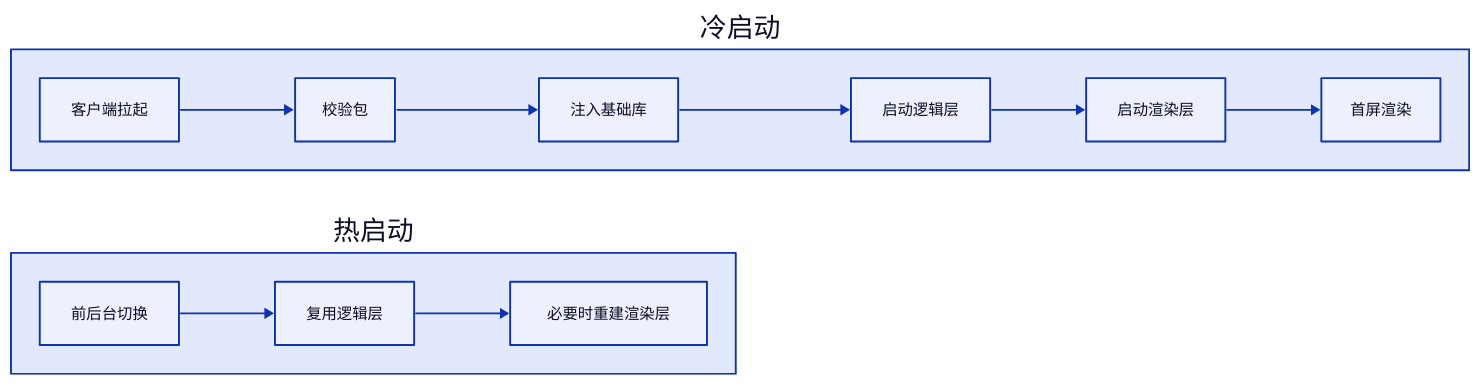
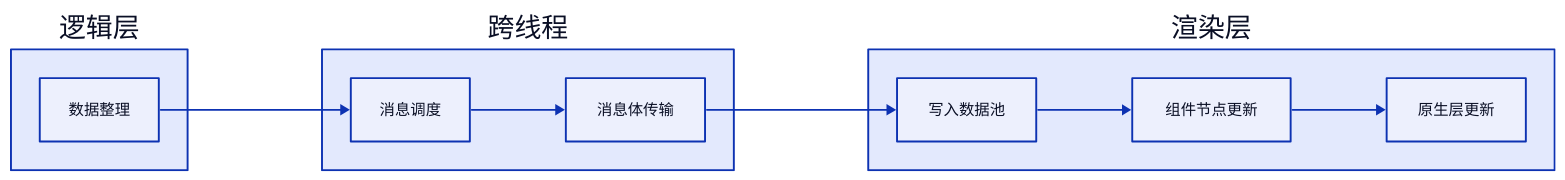
One commit to youngluo/thinking changed the fourth of 8 diagrams in apps/docs/experiences/微信小程序/原理与实践.md. Above: the diagram before and after it, drawn with D2. The commit also changed other lines of this file and 3 other files, not shown here.

````diff
--- a/apps/docs/experiences/微信小程序/原理与实践.md
+++ b/apps/docs/experiences/微信小程序/原理与实践.md
@@ -243,26 +205,26 @@
 ```d2
 direction: right
 
-cold: 冷启动 {
-  class: fail
+logic: 逻辑层 {
+  class: group
 
-  A: 客户端拉起
-  B: 校验包
-  C: 注入基础库
-  D: 启动逻辑层
-  E: 启动渲染层
-  F: 首屏渲染
+  A: 数据整理
 }
 
-hot: 热启动 {
-  class: ok
+bridge_layer: 跨线程 {
+  class: group
 
-  G: 前后台切换
-  H: 复用逻辑层
-  I: 必要时重建渲染层
+  B: 消息调度
+  C: 消息体传输
 }
 
-cold.A -> cold.B -> cold.C -> cold.D
-cold.D -> cold.E -> cold.F
-hot.G -> hot.H -> hot.I
+view: 渲染层 {
+  class: group
+
+  D: 写入数据池
+  E: 组件节点更新
+  F: 原生层更新
+}
+
+logic.A -> bridge_layer.B -> bridge_layer.C -> view.D -> view.E -> view.F
 ```
````
